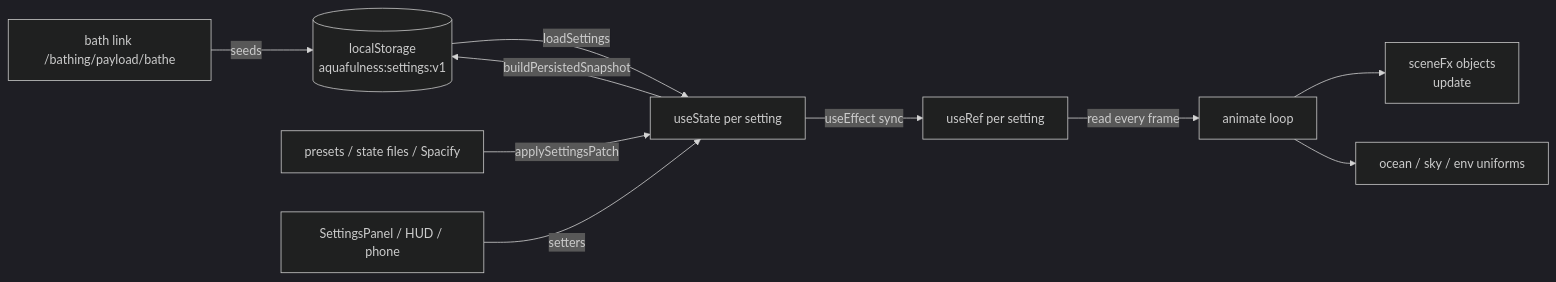
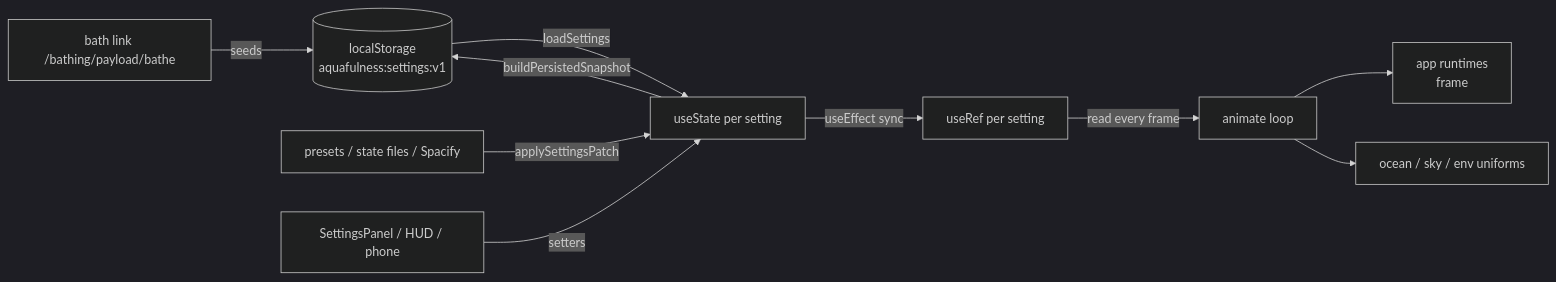
The diagram in website/docs/architecture/overview.md (drsounds/soarfulness), drawn with Mermaid (dark theme) before and after one commit. The commit also changed other lines of this file and 28 other files, not shown here.

````diff
--- a/website/docs/architecture/overview.md
+++ b/website/docs/architecture/overview.md
@@ -111,12 +112,12 @@
 ```mermaid
 flowchart LR
   LS[(localStorage<br/>aquafulness:settings:v1)] -->|loadSettings| S[useState per setting]
   Link[bath link /bathing/payload/bathe] -->|seeds| LS
   Preset[presets / state files / Spacify] -->|applySettingsPatch| S
   UI[SettingsPanel / HUD / phone] -->|setters| S
   S -->|useEffect sync| R[useRef per setting]
   R -->|read every frame| Loop[animate loop]
-  Loop --> FX[sceneFx objects<br/>update]
+  Loop --> FX[app runtimes<br/>frame]
   Loop --> Shaders[ocean / sky / env uniforms]
   S -->|buildPersistedSnapshot| LS
 ```
````
